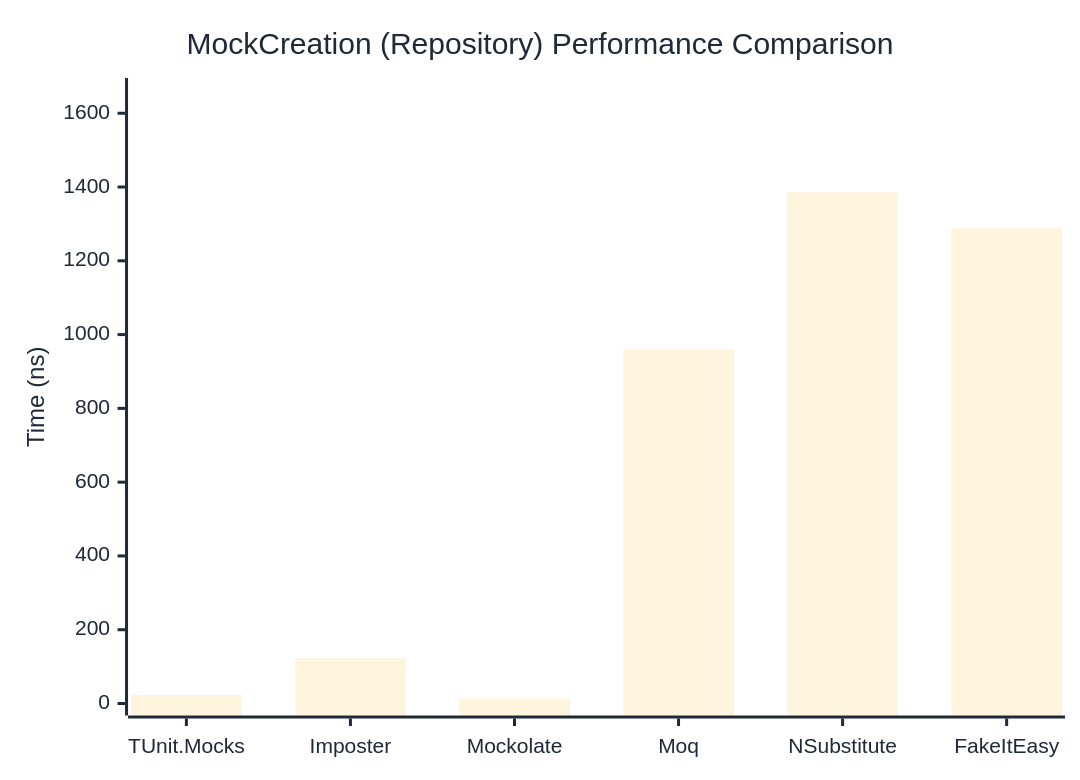
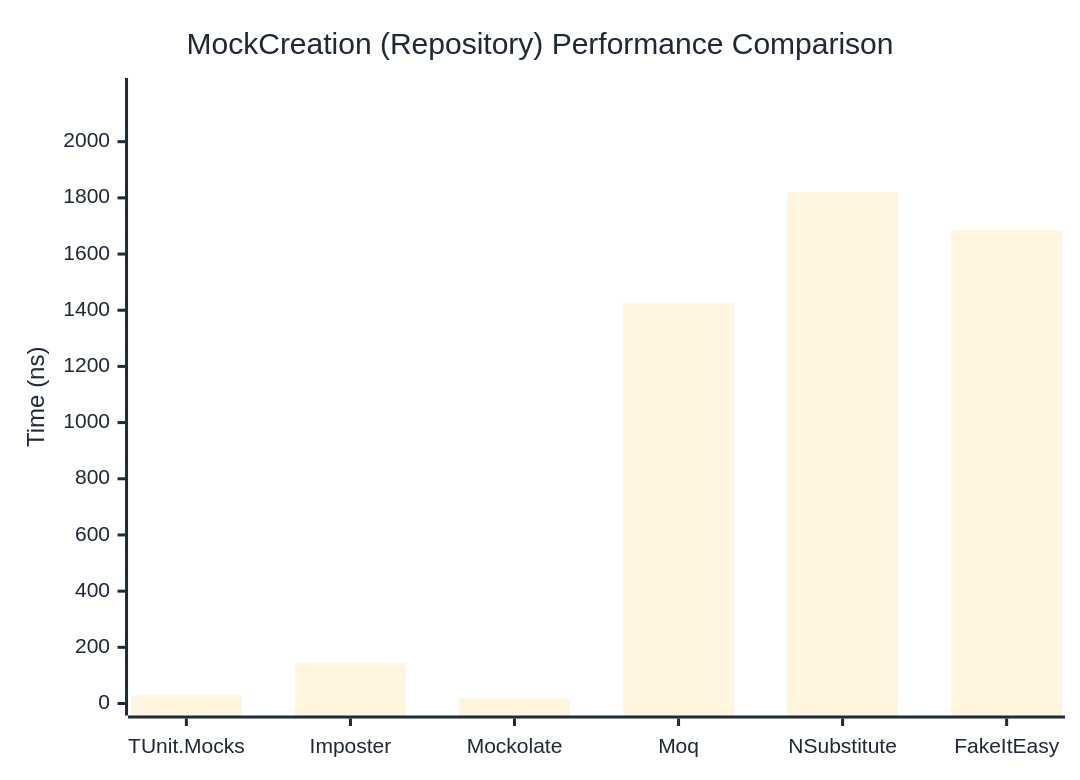
One commit to thomhurst/TUnit changed the second of 2 diagrams in docs/docs/benchmarks/mocks/MockCreation.md. Above: the diagram before and after it, drawn with Mermaid. The commit also changed other lines of this file and 14 other files, not shown here.

````diff
--- a/docs/docs/benchmarks/mocks/MockCreation.md
+++ b/docs/docs/benchmarks/mocks/MockCreation.md
@@ -71,27 +71,27 @@
 ```mermaid
 %%{init: {
   'theme':'base',
   'themeVariables': {
     'primaryColor': '#2563eb',
     'primaryTextColor': '#1f2937',
     'primaryBorderColor': '#1e40af',
     'lineColor': '#6b7280',
     'secondaryColor': '#7c3aed',
     'tertiaryColor': '#dc2626',
     'background': '#ffffff',
     'pie1': '#2563eb',
     'pie2': '#7c3aed',
     'pie3': '#dc2626',
     'pie4': '#f59e0b',
     'pie5': '#10b981',
     'pie6': '#06b6d4',
     'pie7': '#ec4899',
     'pie8': '#6366f1'
   }
 }}%%
 xychart-beta
   title "MockCreation (Repository) Performance Comparison"
   x-axis ["TUnit.Mocks", "Imposter", "Mockolate", "Moq", "NSubstitute", "FakeItEasy"]
-  y-axis "Time (ns)" 0 --> 1663
-  bar [23.46, 123.02, 14.15, 959.91, 1385.63, 1287.78]
+  y-axis "Time (ns)" 0 --> 2184
+  bar [29.18, 145.02, 18.04, 1426.39, 1819.69, 1684.19]
 ```
````
